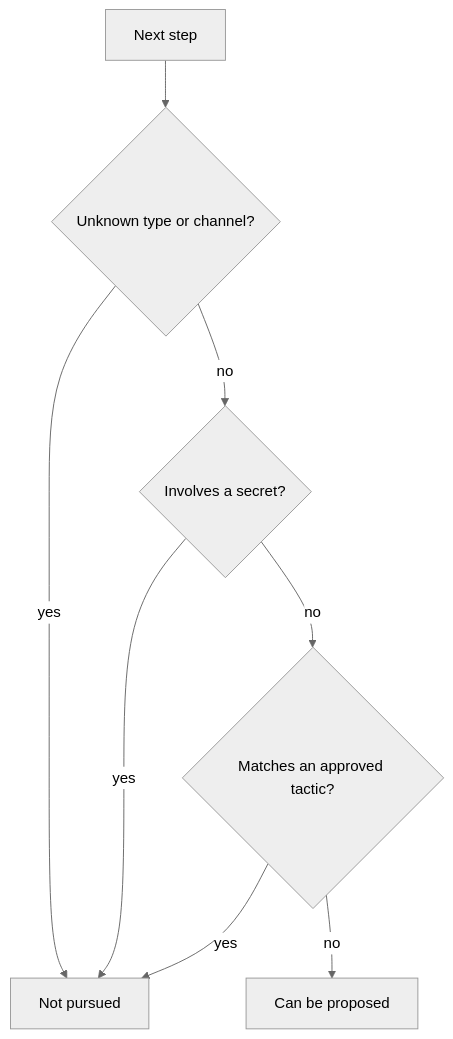
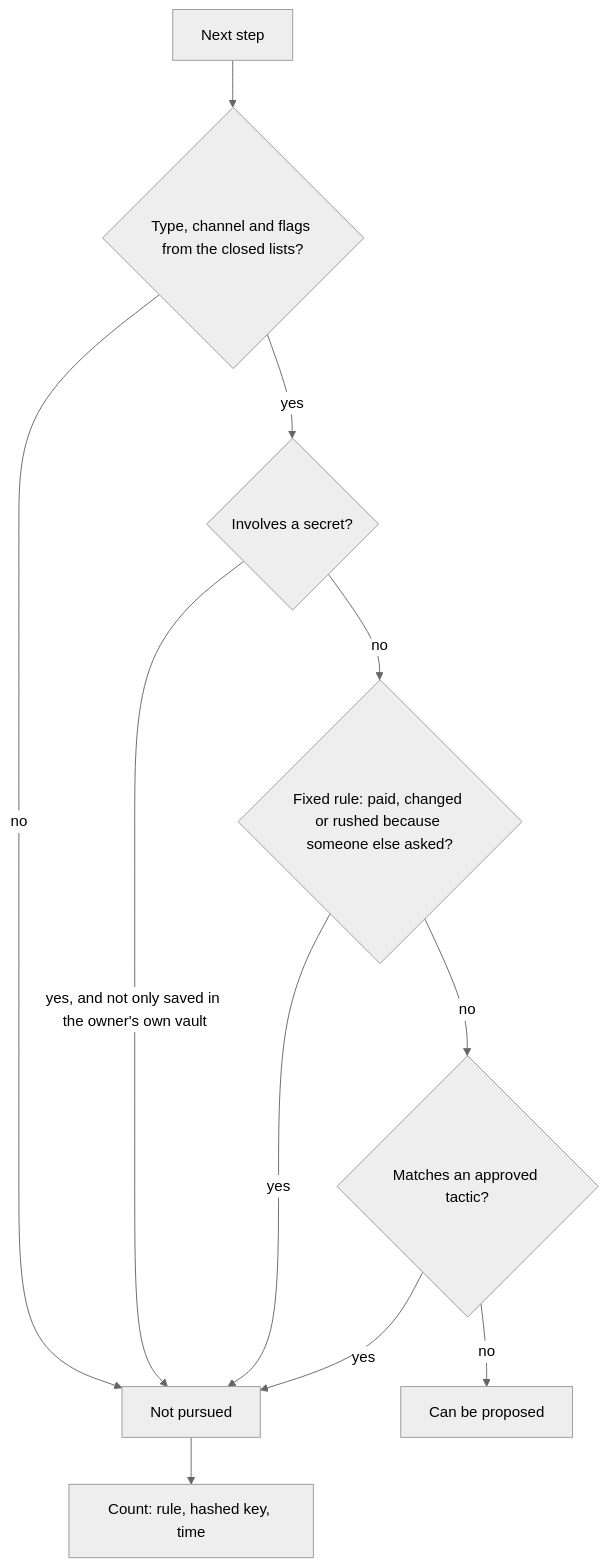
Before and after one commit to sachiachar/anvaya: the third of 3 diagrams in docs/proposals/listening.md, drawn with Mermaid (neutral theme). The commit also changed other lines of this file, not shown here.

````diff
--- a/docs/proposals/listening.md
+++ b/docs/proposals/listening.md
@@ -120,10 +120,13 @@
 ```mermaid
 flowchart TD
-    S[Next step] --> A{Unknown type or channel?}
-    A -- yes --> N[Not pursued]
-    A -- no --> B{Involves a secret?}
-    B -- yes --> N
-    B -- no --> C{Matches an approved tactic?}
+    S[Next step] --> A{Type, channel and flags from the closed lists?}
+    A -- no --> N[Not pursued]
+    A -- yes --> B{Involves a secret?}
+    B -- "yes, and not only saved in the owner's own vault" --> N
+    B -- no --> C{"Fixed rule: paid, changed or rushed because someone else asked?"}
     C -- yes --> N
-    C -- no --> P[Can be proposed]
+    C -- no --> D{Matches an approved tactic?}
+    D -- yes --> N
+    D -- no --> P[Can be proposed]
+    N --> R["Count: rule, hashed key, time"]
 ```
````
